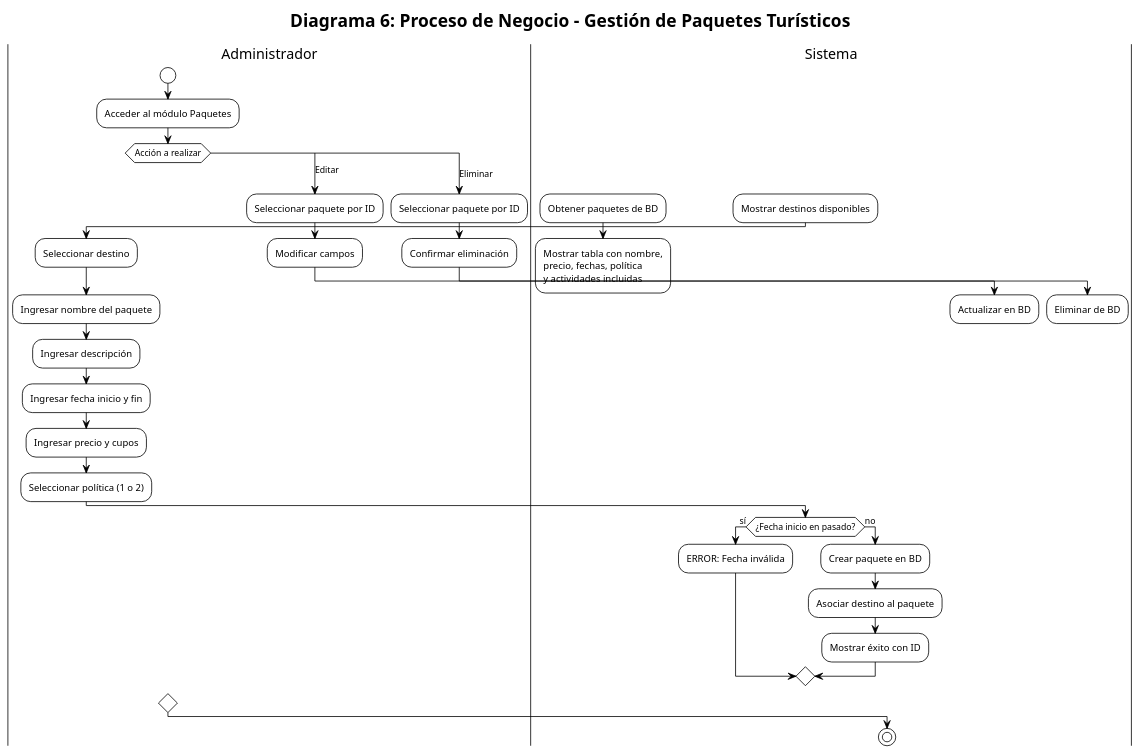
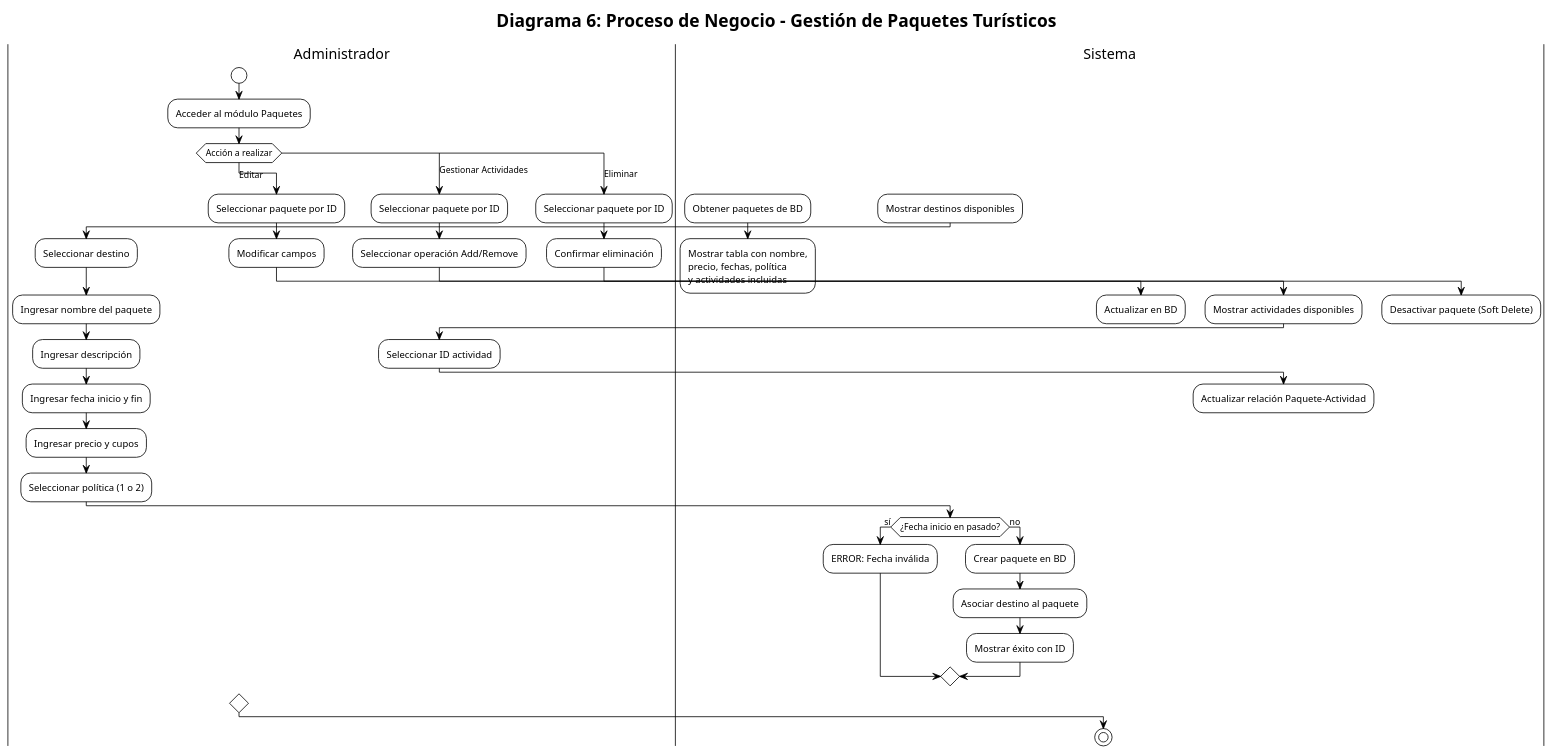
Before and after one commit to mjperez/ti3021-viajes-aventura: the diagram in docs/diagrama6_gestion_paquetes.puml, drawn with PlantUML. The commit also changed 23 other files, not shown here.

```diff
--- a/docs/diagrama6_gestion_paquetes.puml
+++ b/docs/diagrama6_gestion_paquetes.puml
@@ -1,55 +1,69 @@
 @startuml Proceso_Gestion_Paquetes
 !theme plain
 title Diagrama 6: Proceso de Negocio - Gestión de Paquetes Turísticos
 
 |Administrador|
 start
 :Acceder al módulo Paquetes;
 
 switch (Acción a realizar)
     case (Listar)
         |Sistema|
         :Obtener paquetes de BD;
         :Mostrar tabla con nombre,\nprecio, fechas, política\ny actividades incluidas;
         
     case (Agregar)
         |Sistema|
         :Mostrar destinos disponibles;
         
         |Administrador|
         :Seleccionar destino;
         :Ingresar nombre del paquete;
         :Ingresar descripción;
         :Ingresar fecha inicio y fin;
         :Ingresar precio y cupos;
         :Seleccionar política (1 o 2);
         
         |Sistema|
         if (¿Fecha inicio en pasado?) then (sí)
             :ERROR: Fecha inválida;
         else (no)
             :Crear paquete en BD;
             :Asociar destino al paquete;
             :Mostrar éxito con ID;
         endif
         
     case (Editar)
         |Administrador|
         :Seleccionar paquete por ID;
         :Modificar campos;
         
         |Sistema|
         :Actualizar en BD;
         
+    case (Gestionar Actividades)
+        |Administrador|
+        :Seleccionar paquete por ID;
+        :Seleccionar operación Add/Remove;
+        
+        |Sistema|
+        :Mostrar actividades disponibles;
+        
+        |Administrador|
+        :Seleccionar ID actividad;
+        
+        |Sistema|
+        :Actualizar relación Paquete-Actividad;
+        
     case (Eliminar)
         |Administrador|
         :Seleccionar paquete por ID;
         :Confirmar eliminación;
         
         |Sistema|
-        :Eliminar de BD;
+        :Desactivar paquete (Soft Delete);
 endswitch
 
 stop
 
 @enduml
```
